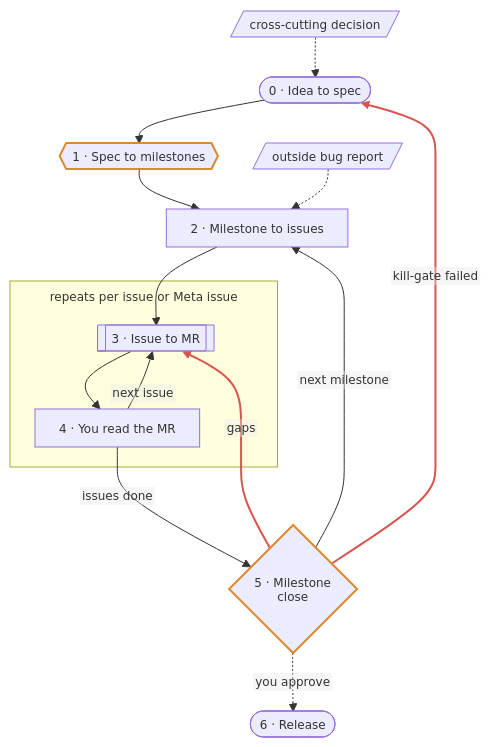
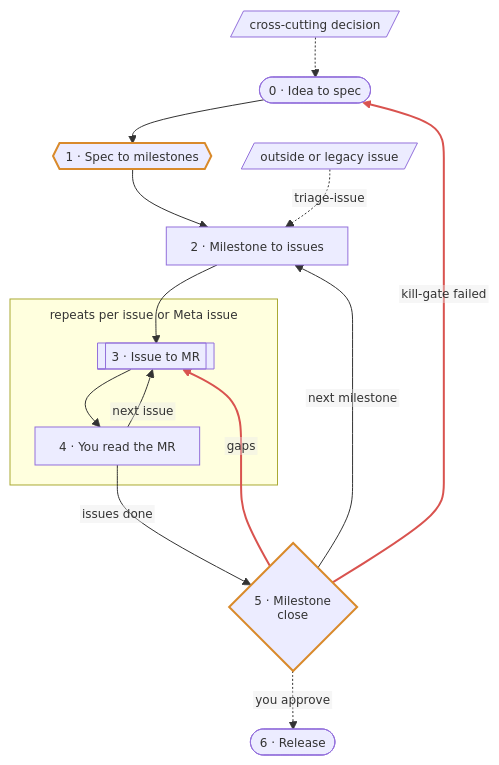
The diagram in WORKFLOW.md (nshopik/dream-team), drawn with Mermaid before and after one commit. The commit also changed other lines of this file and 6 other files, not shown here.

First line of the commit message:
triage-issue: check legacy and external issues before build

````diff
--- a/WORKFLOW.md
+++ b/WORKFLOW.md
@@ -3,21 +3,21 @@
 ```mermaid
 %%{init: {"htmlLabels": false, "themeVariables": {"fontSize": "12px"}, "flowchart": {"htmlLabels": false, "curve": "basis", "nodeSpacing": 30, "rankSpacing": 40, "diagramPadding": 8, "padding": 12, "subGraphTitleMargin": {"top": 8, "bottom": 16}}}}%%
 flowchart TD
   xcut[/cross-cutting decision/] -.-> S0
   S0(["0 · Idea to spec"]) --> S1{{"1 · Spec to milestones"}}
   S1 --> S2["2 · Milestone to issues"]
-  bug[/outside bug report/] -.-> S2
+  bug[/outside or legacy issue/] -.->|triage-issue| S2
   S2 --> S3
   subgraph loop ["repeats per issue or Meta issue"]
     S3[["3 · Issue to MR"]] --> S4["4 · You read the MR"]
     S4 -->|next issue| S3
   end
   S4 -->|issues done| S5{"5 · Milestone<br/>close"}
   S5 -->|next milestone| S2
   S5 -->|gaps| S3
   S5 -->|kill-gate failed| S0
   S5 -.->|you approve| S6(["6 · Release"])
   classDef gate stroke:#d98a2b,stroke-width:2px
   class S1,S5 gate
   linkStyle 9,10 stroke:#d9534f,stroke-width:2px
 ```
````
